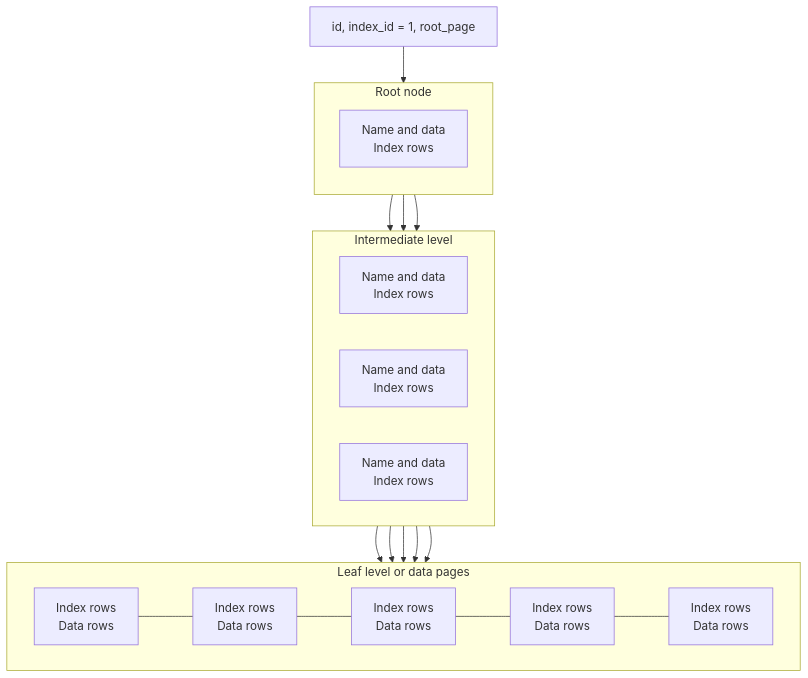
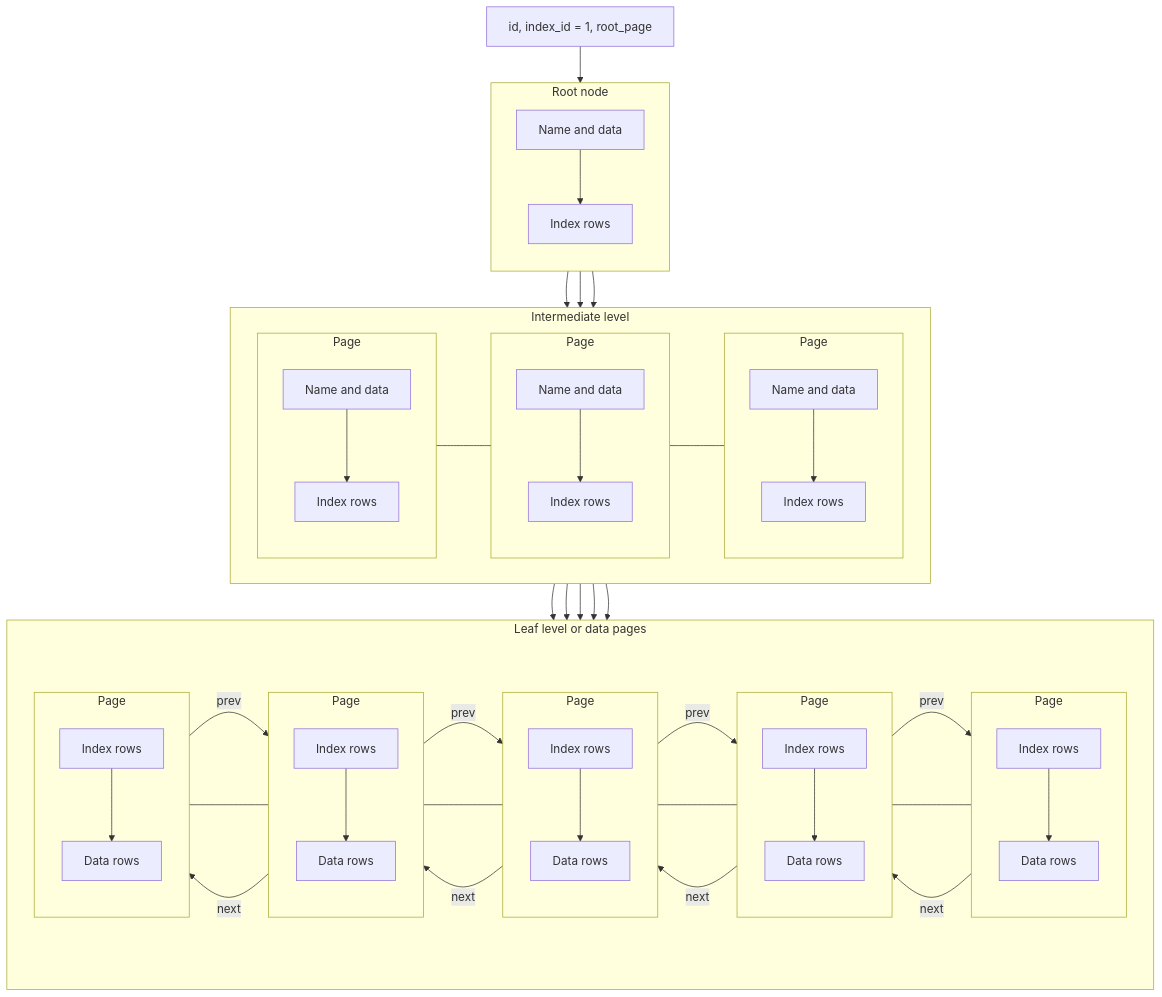
One commit to grafanaKibana/devbook.zip changed the second of 5 diagrams in Software Engineering/03 Data Persistance/SQL/Indexes.md. Above: the diagram before and after it, drawn with Mermaid. The commit also changed other lines of this file and 175 other files, not shown here.

````diff
--- a/Software Engineering/03 Data Persistance/SQL/Indexes.md
+++ b/Software Engineering/03 Data Persistance/SQL/Indexes.md
@@ -91,38 +92,94 @@
 flowchart TB
   HDR["id, index_id = 1, root_page"]
 
-  subgraph Root[Root node]
+  subgraph RootPage["Root node"]
     direction TB
-    R["Name and data<br/>Index rows"]
+    R_hdr["Name and data"]
+    R_idx["Index rows"]
+    R_hdr --> R_idx
   end
 
-  subgraph Mid[Intermediate level]
+  subgraph IntermediateLevel["Intermediate level"]
     direction LR
-    I1["Name and data<br/>Index rows"]
-    I2["Name and data<br/>Index rows"]
-    I3["Name and data<br/>Index rows"]
+    subgraph I1p["Page"]
+      direction TB
+      I1_hdr["Name and data"]
+      I1_idx["Index rows"]
+      I1_hdr --> I1_idx
+    end
+    subgraph I2p["Page"]
+      direction TB
+      I2_hdr["Name and data"]
+      I2_idx["Index rows"]
+      I2_hdr --> I2_idx
+    end
+    subgraph I3p["Page"]
+      direction TB
+      I3_hdr["Name and data"]
+      I3_idx["Index rows"]
+      I3_hdr --> I3_idx
+    end
   end
 
-  subgraph Leaf[Leaf level or data pages]
+  subgraph LeafLevel["Leaf level or data pages"]
     direction LR
-    L1["Index rows<br/>Data rows"]
-    L2["Index rows<br/>Data rows"]
-    L3["Index rows<br/>Data rows"]
-    L4["Index rows<br/>Data rows"]
-    L5["Index rows<br/>Data rows"]
+    subgraph L1p["Page"]
+      direction TB
+      L1_idx["Index rows"]
+      L1_data["Data rows"]
+      L1_idx --> L1_data
+    end
+    subgraph L2p["Page"]
+      direction TB
+      L2_idx["Index rows"]
+      L2_data["Data rows"]
+      L2_idx --> L2_data
+    end
+    subgraph L3p["Page"]
+      direction TB
+      L3_idx["Index rows"]
+      L3_data["Data rows"]
+      L3_idx --> L3_data
+    end
+    subgraph L4p["Page"]
+      direction TB
+      L4_idx["Index rows"]
+      L4_data["Data rows"]
+      L4_idx --> L4_data
+    end
+    subgraph L5p["Page"]
+      direction TB
+      L5_idx["Index rows"]
+      L5_data["Data rows"]
+      L5_idx --> L5_data
+    end
   end
 
-  HDR --> R
-  R --> I1
-  R --> I2
-  R --> I3
+  HDR --> R_hdr
 
-  I1 --> L1
-  I1 --> L2
-  I2 --> L3
-  I3 --> L4
-  I3 --> L5
+  R_idx --> I1_hdr
+  R_idx --> I2_hdr
+  R_idx --> I3_hdr
 
-  %% leaf-level horizontal links
-  L1 --- L2 --- L3 --- L4 --- L5
+  %% Keep intermediate pages aligned left-to-right
+  I1_hdr --- I2_hdr --- I3_hdr
+
+  I1_idx --> L1_idx
+  I1_idx --> L2_idx
+  I2_idx --> L3_idx
+  I3_idx --> L4_idx
+  I3_idx --> L5_idx
+
+  %% Keep leaf pages aligned left-to-right
+  L1_idx --- L2_idx --- L3_idx --- L4_idx --- L5_idx
+
+  %% Doubly linked list at leaf level
+  L1_idx -- next --> L2_idx
+  L2_idx -- prev --> L1_idx
+  L2_idx -- next --> L3_idx
+  L3_idx -- prev --> L2_idx
+  L3_idx -- next --> L4_idx
+  L4_idx -- prev --> L3_idx
+  L4_idx -- next --> L5_idx
+  L5_idx -- prev --> L4_idx
 ```
````
